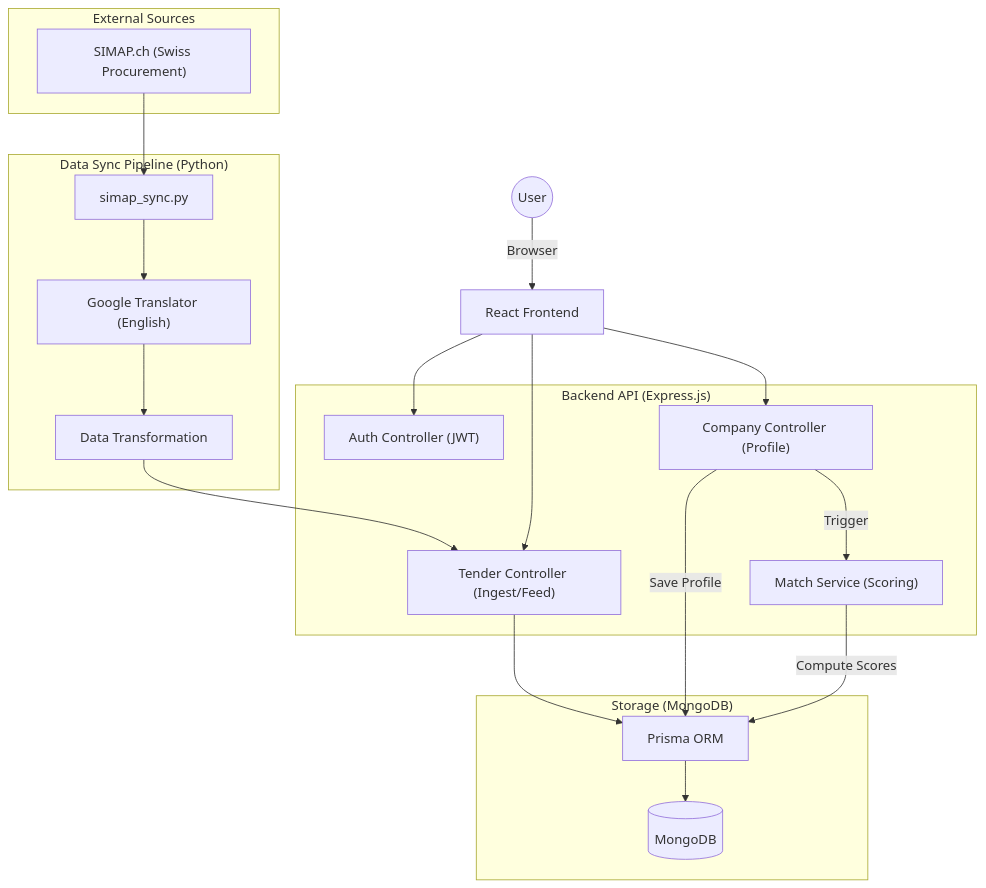
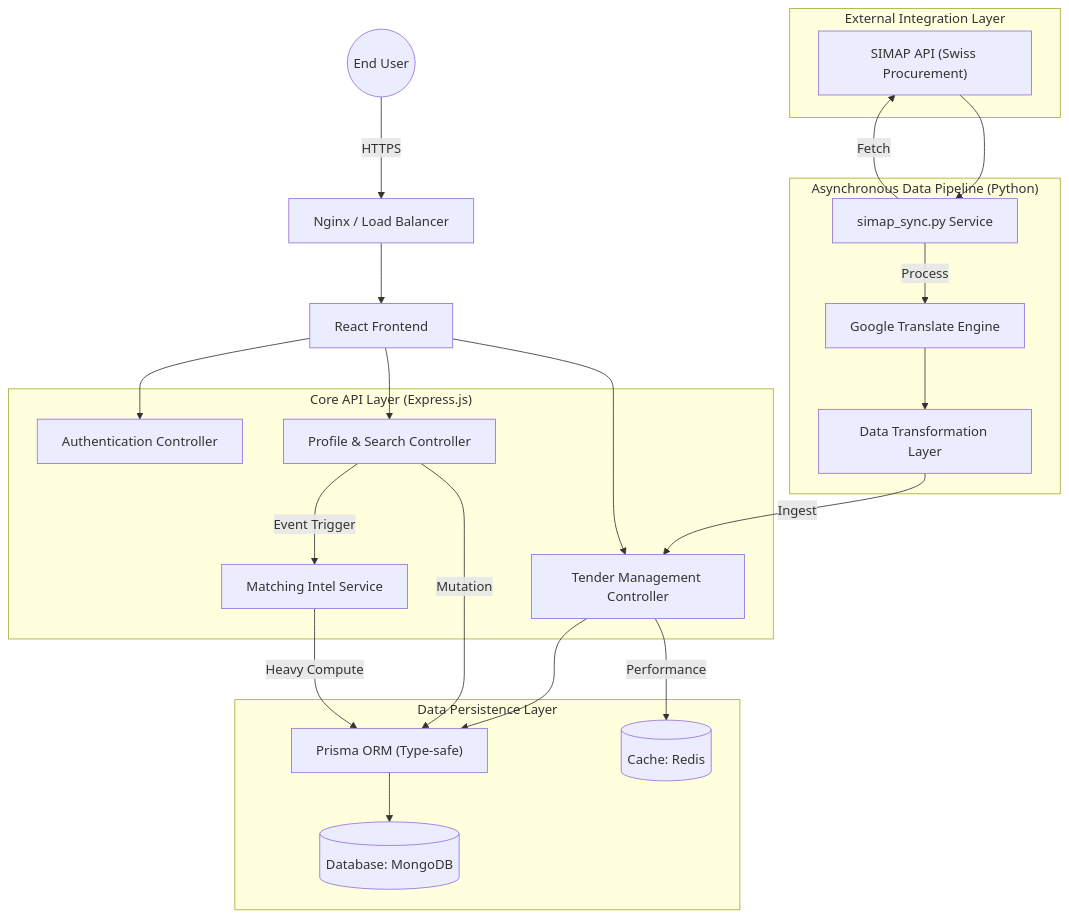
Before and after one commit to Diyajain3/JustBid: the diagram in README.md, drawn with Mermaid. The commit also changed other lines of this file, not shown here.

````diff
--- a/README.md
+++ b/README.md
@@ -154,40 +66,44 @@
 ```mermaid
 graph TD
-    subgraph "External Sources"
-        SIMAP["SIMAP.ch (Swiss Procurement)"]
+    subgraph "External Integration Layer"
+        SIMAP["SIMAP API (Swiss Procurement)"]
     end
 
-    subgraph "Data Sync Pipeline (Python)"
-        Worker["simap_sync.py"]
-        Translator["Google Translator (English)"]
-        Transform["Data Transformation"]
+    subgraph "Asynchronous Data Pipeline (Python)"
+        Worker["simap_sync.py Service"]
+        Translator["Google Translate Engine"]
+        Transform["Data Transformation Layer"]
     end
 
-    subgraph "Backend API (Express.js)"
-        Auth["Auth Controller (JWT)"]
-        TenderAPI["Tender Controller (Ingest/Feed)"]
-        CompanyAPI["Company Controller (Profile)"]
-        MatchService["Match Service (Scoring)"]
+    subgraph "Core API Layer (Express.js)"
+        Auth["Authentication Controller"]
+        TenderAPI["Tender Management Controller"]
+        CompanyAPI["Profile & Search Controller"]
+        MatchService["Matching Intel Service"]
     end
 
-    subgraph "Storage (MongoDB)"
-        Prisma["Prisma ORM"]
-        DB[(MongoDB)]
+    subgraph "Data Persistence Layer"
+        Prisma["Prisma ORM (Type-safe)"]
+        MongoDB[(Database: MongoDB)]
+        Redis[(Cache: Redis)]
     end
 
     SIMAP --> Worker
-    Worker --> Translator
+    Worker -->|Fetch| SIMAP
+    Worker -->|Process| Translator
     Translator --> Transform
-    Transform --> TenderAPI
+    Transform -->|Ingest| TenderAPI
     TenderAPI --> Prisma
-    Prisma --> DB
+    Prisma --> MongoDB
 
-    User((User)) -->|Browser| Frontend[React Frontend]
+    User((End User)) -->|HTTPS| Proxy[Nginx / Load Balancer]
+    Proxy --> Frontend[React Frontend]
     Frontend --> Auth
     Frontend --> CompanyAPI
     Frontend --> TenderAPI
 
-    CompanyAPI -->|Save Profile| Prisma
-    CompanyAPI -->|Trigger| MatchService
-    MatchService -->|Compute Scores| Prisma
+    CompanyAPI -->|Mutation| Prisma
+    CompanyAPI -->|Event Trigger| MatchService
+    MatchService -->|Heavy Compute| Prisma
+    TenderAPI -->|Performance| Redis
 ```
````
